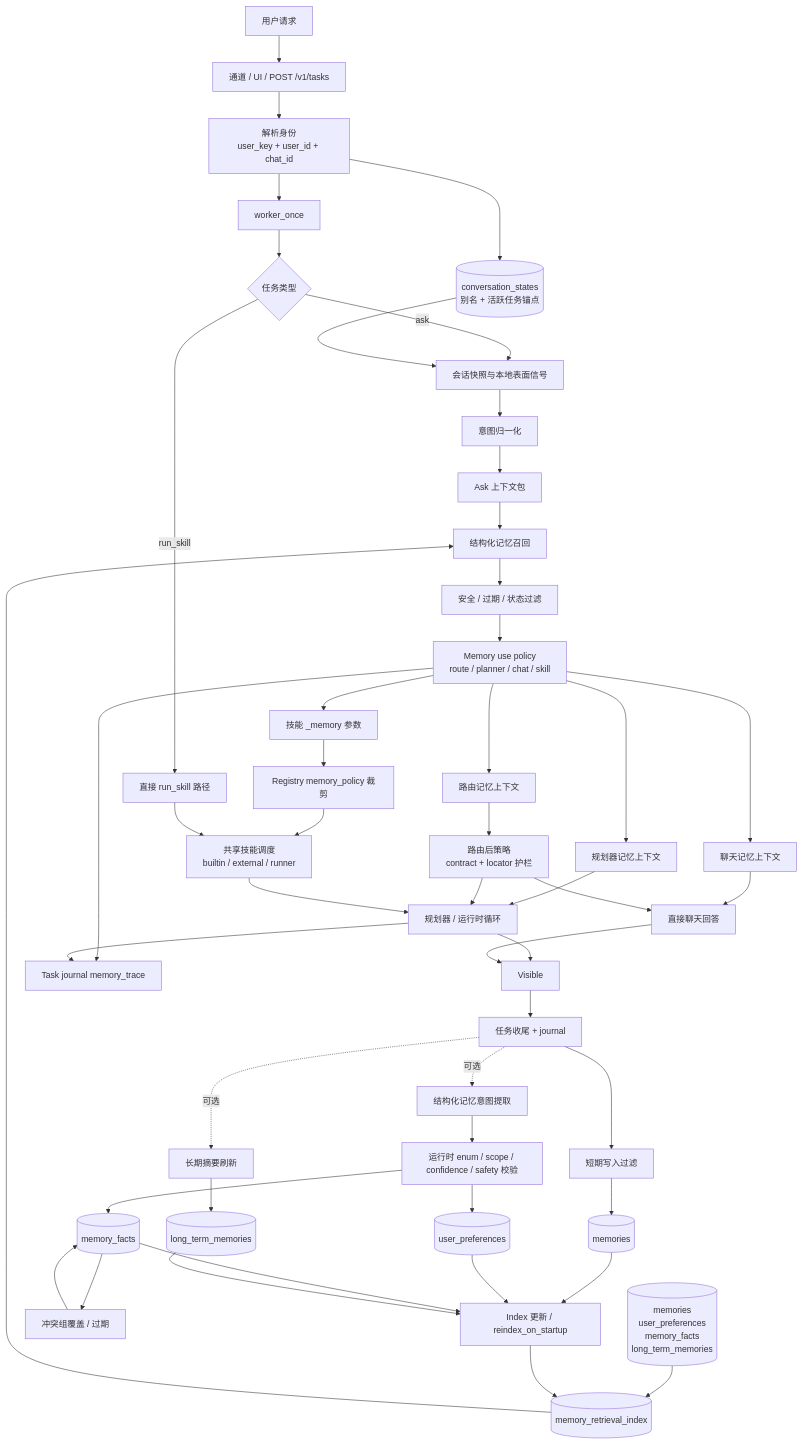
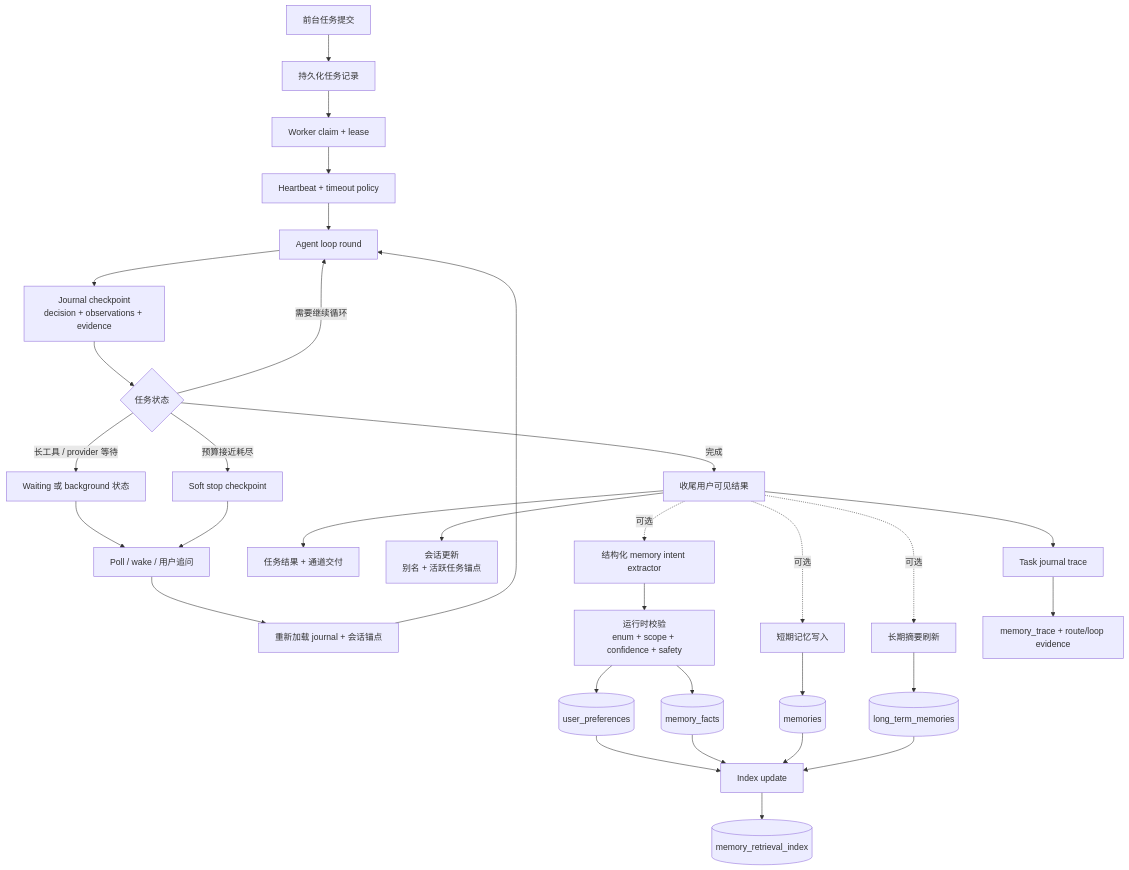
Before and after one commit to MatrixCoreX/RustClaw: the third of 3 diagrams in README.zh-CN.md, drawn with Mermaid. The commit also changed other lines of this file and 325 other files, not shown here.

Commit message:
Converge agent loop routing and task runtime

````diff
--- a/README.zh-CN.md
+++ b/README.zh-CN.md
@@ -322,51 +233,34 @@
 ```mermaid
 flowchart TD
-    User[用户请求] --> Ingress[通道 / UI / POST /v1/tasks]
-    Ingress --> Identity[解析身份<br/>user_key + user_id + chat_id]
-    Identity --> Session[(conversation_states<br/>别名 + 活跃任务锚点)]
-    Identity --> Worker[worker_once]
-    Worker --> Kind{任务类型}
-    Kind -->|run_skill| DirectSkill[直接 run_skill 路径]
-    Kind -->|ask| Snapshot[会话快照与本地表面信号]
-    Session --> Snapshot
-    Snapshot --> Normalizer[意图归一化]
-    Normalizer --> Bundle[Ask 上下文包]
-    Bundle --> Recall[结构化记忆召回]
-    Index[(memory_retrieval_index)] --> Recall
-    Stores[(memories<br/>user_preferences<br/>memory_facts<br/>long_term_memories)] --> Index
-    Recall --> Safety[安全 / 过期 / 状态过滤]
-    Safety --> Policy[Memory use policy<br/>route / planner / chat / skill]
-    Policy --> RouteCtx[路由记忆上下文]
-    Policy --> PlannerCtx[规划器记忆上下文]
-    Policy --> ChatCtx[聊天记忆上下文]
-    Policy --> SkillArgs[技能 _memory 参数]
-    SkillArgs --> SkillPolicy[Registry memory_policy 裁剪]
-    RouteCtx --> PostRoute[路由后策略<br/>contract + locator 护栏]
-    PlannerCtx --> Runtime[规划器 / 运行时循环]
-    ChatCtx --> Chat[直接聊天回答]
-    SkillPolicy --> SkillRuntime[共享技能调度<br/>builtin / external / runner]
-    PostRoute --> Runtime
-    PostRoute --> Chat
-    DirectSkill --> SkillRuntime
-    SkillRuntime --> Runtime
-    Runtime --> Visible
-    Chat --> Visible
-    Visible --> Finalize[任务收尾 + journal]
-    Finalize --> RecentWrite[短期写入过滤]
-    RecentWrite --> Memories[(memories)]
-    Finalize -. 可选 .-> MemIntent[结构化记忆意图提取]
-    MemIntent --> Validate[运行时 enum / scope / confidence / safety 校验]
-    Validate --> Prefs[(user_preferences)]
-    Validate --> Facts[(memory_facts)]
-    Finalize -. 可选 .-> Summary[长期摘要刷新]
-    Summary --> LongTerm[(long_term_memories)]
-    Facts --> Conflict[冲突组覆盖 / 过期]
-    Conflict --> Facts
-    Memories --> Reindex[Index 更新 / reindex_on_startup]
-    Prefs --> Reindex
-    Facts --> Reindex
-    LongTerm --> Reindex
-    Reindex --> Index
-    Policy --> Trace[Task journal memory_trace]
-    Runtime --> Trace
+    A[前台任务提交] --> B[持久化任务记录]
+    B --> C[Worker claim + lease]
+    C --> D[Heartbeat + timeout policy]
+    D --> E[Agent loop round]
+    E --> F[Journal checkpoint<br/>decision + observations + evidence]
+    F --> G{任务状态}
+    G -->|需要继续循环| E
+    G -->|长工具 / provider 等待| H[Waiting 或 background 状态]
+    G -->|预算接近耗尽| I[Soft stop checkpoint]
+    G -->|完成| J[收尾用户可见结果]
+    H --> K[Poll / wake / 用户追问]
+    I --> K
+    K --> L[重新加载 journal + 会话锚点]
+    L --> E
+    J --> M[任务结果 + 通道交付]
+    J --> N[会话更新<br/>别名 + 活跃任务锚点]
+    J --> O[Task journal trace]
+    J -. 可选 .-> P[结构化 memory intent extractor]
+    P --> Q[运行时校验<br/>enum + scope + confidence + safety]
+    Q --> R[(user_preferences)]
+    Q --> S[(memory_facts)]
+    J -. 可选 .-> T[短期记忆写入]
+    T --> U[(memories)]
+    J -. 可选 .-> V[长期摘要刷新]
+    V --> W[(long_term_memories)]
+    R --> X[Index update]
+    S --> X
+    U --> X
+    W --> X
+    X --> Y[(memory_retrieval_index)]
+    O --> Z[memory_trace + route/loop evidence]
 ```
````
